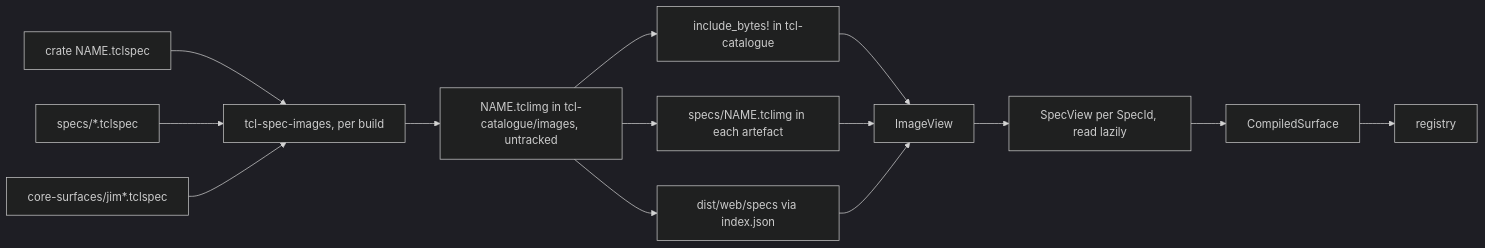
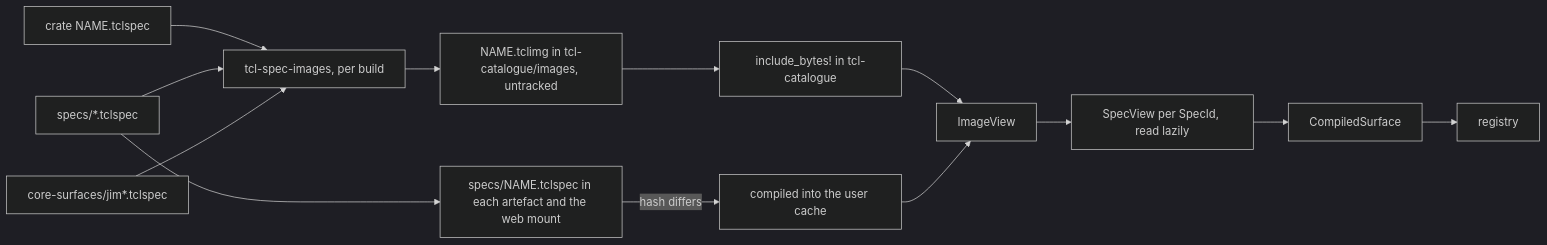
One commit to bitwisecook/tcl-lsp changed the first of 2 diagrams in docs/design/registry/model/306-expect-spike.md. Above: the diagram before and after it, drawn with Mermaid (dark theme). The commit also changed other lines of this file and 15 other files, not shown here.

````diff
--- a/docs/design/registry/model/306-expect-spike.md
+++ b/docs/design/registry/model/306-expect-spike.md
@@ -54,16 +56,15 @@
 ```mermaid
 flowchart LR
   crateSpec["crate NAME.tclspec"] --> xtask["tcl-spec-images, per build"]
   edaSpec["specs/*.tclspec"] --> xtask
   jimSpec["core-surfaces/jim*.tclspec"] --> xtask
   xtask --> img["NAME.tclimg in tcl-catalogue/images, untracked"]
   img --> embed["include_bytes! in tcl-catalogue"]
-  img --> staged["specs/NAME.tclimg in each artefact"]
-  img --> web["dist/web/specs via index.json"]
   embed --> view["ImageView"]
-  staged --> view
-  web --> view
+  edaSpec --> staged["specs/NAME.tclspec in each artefact and the web mount"]
+  staged -- "hash differs" --> userCache["compiled into the user cache"]
+  userCache --> view
   view --> specView["SpecView per SpecId, read lazily"]
   specView --> surface["CompiledSurface"]
   surface --> registry["registry"]
 ```
````
